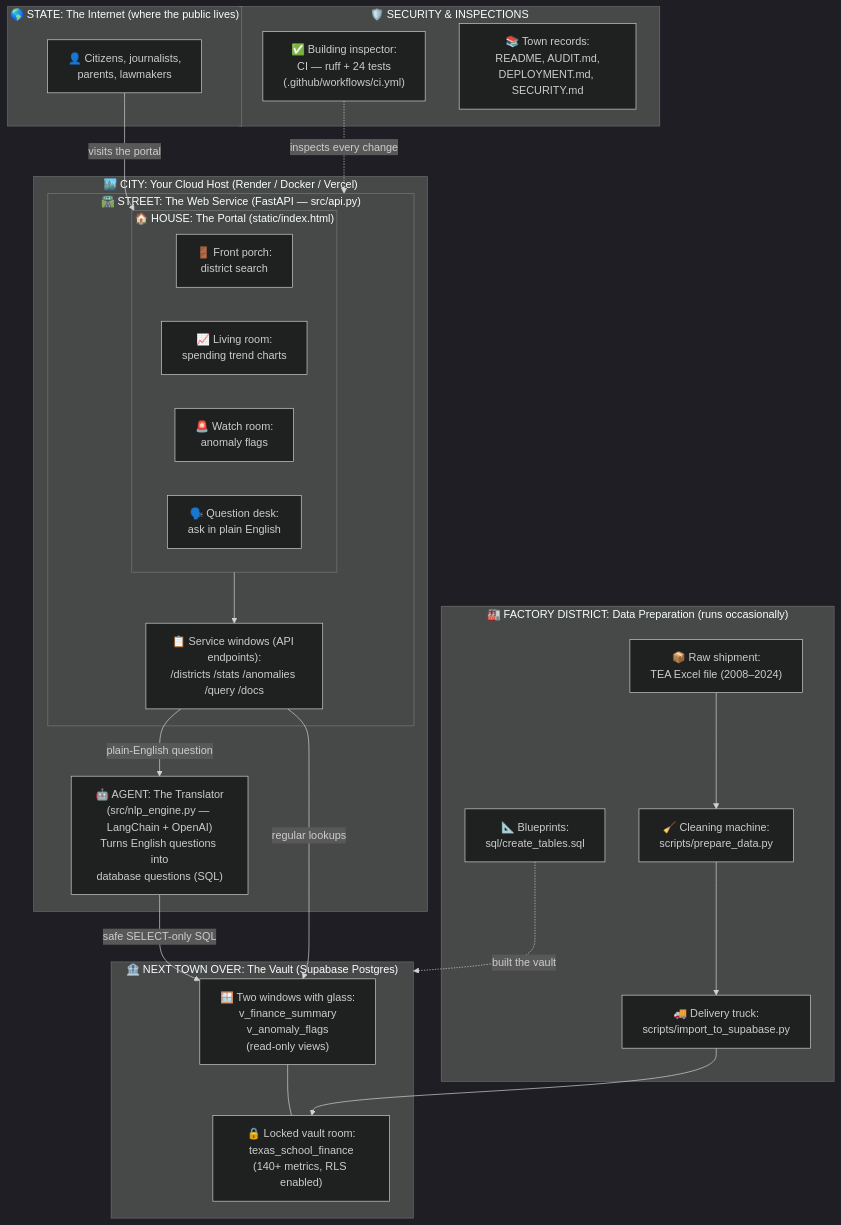
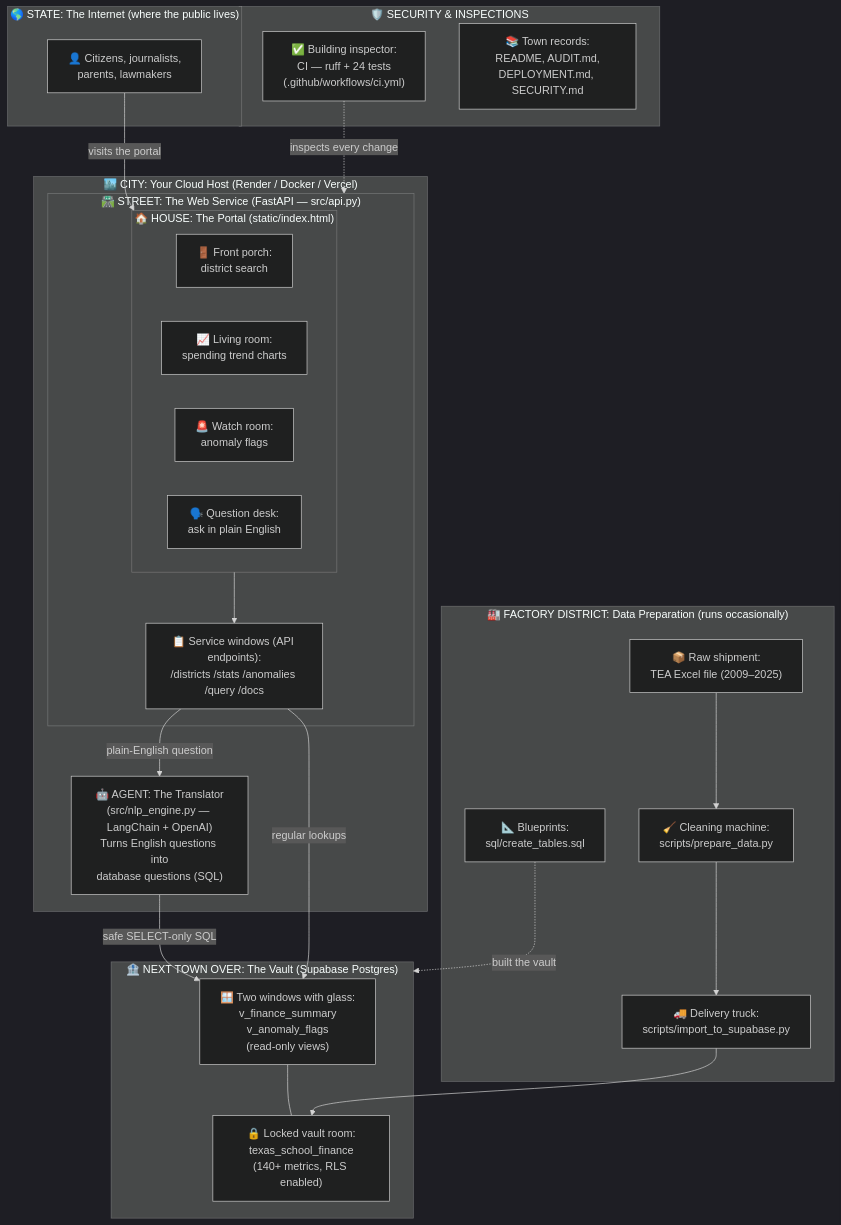
Before and after one commit to GusAI40/texas-isd-finances: the diagram in PROJECT_MAP.md, drawn with Mermaid (dark theme). The commit also changed other lines of this file and 9 other files, not shown here.

````diff
--- a/PROJECT_MAP.md
+++ b/PROJECT_MAP.md
@@ -16,46 +16,46 @@
 ```mermaid
 graph TB
     subgraph STATE["🌎 STATE: The Internet (where the public lives)"]
         CITIZEN["👤 Citizens, journalists,<br/>parents, lawmakers"]
     end
 
     subgraph CITY["🏙️ CITY: Your Cloud Host (Render / Docker / Vercel)"]
         subgraph STREET["🛣️ STREET: The Web Service (FastAPI — src/api.py)"]
             subgraph HOUSE["🏠 HOUSE: The Portal (static/index.html)"]
                 R1["🚪 Front porch:<br/>district search"]
                 R2["📈 Living room:<br/>spending trend charts"]
                 R3["🚨 Watch room:<br/>anomaly flags"]
                 R4["🗣️ Question desk:<br/>ask in plain English"]
             end
             API["📋 Service windows (API endpoints):<br/>/districts /stats /anomalies /query /docs"]
         end
         AGENT["🤖 AGENT: The Translator<br/>(src/nlp_engine.py — LangChain + OpenAI)<br/>Turns English questions into<br/>database questions (SQL)"]
     end
 
     subgraph VAULT["🏦 NEXT TOWN OVER: The Vault (Supabase Postgres)"]
         VIEWS["🪟 Two windows with glass:<br/>v_finance_summary<br/>v_anomaly_flags<br/>(read-only views)"]
         TABLE["🔒 Locked vault room:<br/>texas_school_finance<br/>(140+ metrics, RLS enabled)"]
     end
 
     subgraph FACTORY["🏭 FACTORY DISTRICT: Data Preparation (runs occasionally)"]
-        TEA["📦 Raw shipment:<br/>TEA Excel file (2008–2024)"]
+        TEA["📦 Raw shipment:<br/>TEA Excel file (2009–2025)"]
         PREP["🧹 Cleaning machine:<br/>scripts/prepare_data.py"]
         LOAD["🚚 Delivery truck:<br/>scripts/import_to_supabase.py"]
         SQLF["📐 Blueprints:<br/>sql/create_tables.sql"]
     end
 
     subgraph GUARDS["🛡️ SECURITY & INSPECTIONS"]
         CI["✅ Building inspector:<br/>CI — ruff + 24 tests<br/>(.github/workflows/ci.yml)"]
         DOCS["📚 Town records:<br/>README, AUDIT.md,<br/>DEPLOYMENT.md, SECURITY.md"]
     end
 
     CITIZEN -->|"visits the portal"| HOUSE
     HOUSE --> API
     API -->|"plain-English question"| AGENT
     AGENT -->|"safe SELECT-only SQL"| VIEWS
     API -->|"regular lookups"| VIEWS
     VIEWS --- TABLE
     TEA --> PREP --> LOAD --> TABLE
     SQLF -.->|"built the vault"| VAULT
     CI -.->|"inspects every change"| STREET
 ```
````
